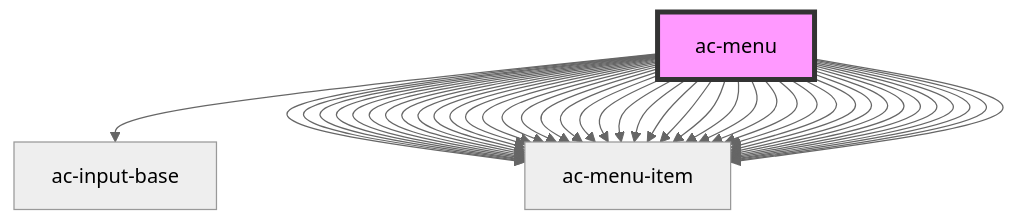
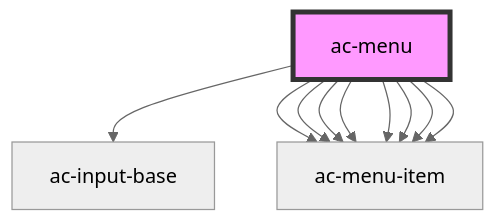
The diagram in src/components/molecules/ac-menu/readme.md (accera-tech/solar-components), drawn with Mermaid (neutral theme) before and after one commit. The commit also changed other lines of this file and 3 other files, not shown here.

````diff
--- a/src/components/molecules/ac-menu/readme.md
+++ b/src/components/molecules/ac-menu/readme.md
@@ -73,45 +41,13 @@
 ```mermaid
 graph TD;
   ac-menu --> ac-input-base
   ac-menu --> ac-menu-item
   ac-menu --> ac-menu-item
   ac-menu --> ac-menu-item
   ac-menu --> ac-menu-item
   ac-menu --> ac-menu-item
   ac-menu --> ac-menu-item
   ac-menu --> ac-menu-item
   ac-menu --> ac-menu-item
-  ac-menu --> ac-menu-item
-  ac-menu --> ac-menu-item
-  ac-menu --> ac-menu-item
-  ac-menu --> ac-menu-item
-  ac-menu --> ac-menu-item
-  ac-menu --> ac-menu-item
-  ac-menu --> ac-menu-item
-  ac-menu --> ac-menu-item
-  ac-menu --> ac-menu-item
-  ac-menu --> ac-menu-item
-  ac-menu --> ac-menu-item
-  ac-menu --> ac-menu-item
-  ac-menu --> ac-menu-item
-  ac-menu --> ac-menu-item
-  ac-menu --> ac-menu-item
-  ac-menu --> ac-menu-item
-  ac-menu --> ac-menu-item
-  ac-menu --> ac-menu-item
-  ac-menu --> ac-menu-item
-  ac-menu --> ac-menu-item
-  ac-menu --> ac-menu-item
-  ac-menu --> ac-menu-item
-  ac-menu --> ac-menu-item
-  ac-menu --> ac-menu-item
-  ac-menu --> ac-menu-item
-  ac-menu --> ac-menu-item
-  ac-menu --> ac-menu-item
-  ac-menu --> ac-menu-item
-  ac-menu --> ac-menu-item
-  ac-menu --> ac-menu-item
-  ac-menu --> ac-menu-item
-  ac-menu --> ac-menu-item
   style ac-menu fill:#f9f,stroke:#333,stroke-width:4px
 ```
````
